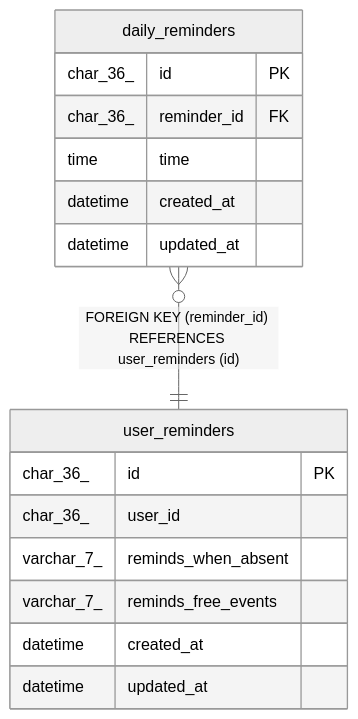
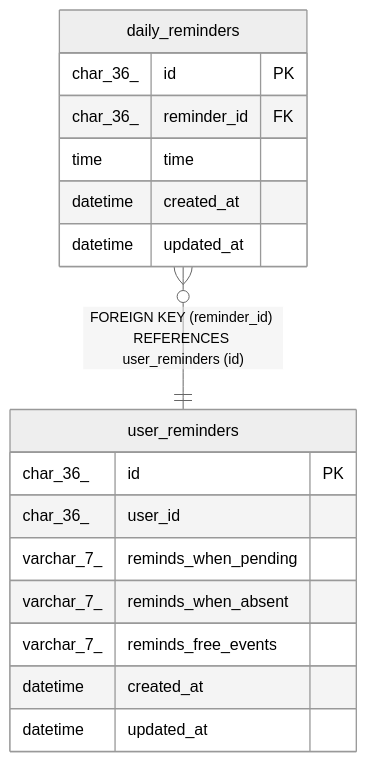
One commit to YuHima03/knoq-reminder changed the diagram in doc/database/daily_reminders.md. Above: the diagram before and after it, drawn with Mermaid (neutral theme). The commit also changed 8 other files, not shown here.

````diff
--- a/doc/database/daily_reminders.md
+++ b/doc/database/daily_reminders.md
@@ -52,21 +52,22 @@
 ```mermaid
 erDiagram
 
 "daily_reminders" }o--|| "user_reminders" : "FOREIGN KEY (reminder_id) REFERENCES user_reminders (id)"
 
 "daily_reminders" {
   char_36_ id PK
   char_36_ reminder_id FK
   time time
   datetime created_at
   datetime updated_at
 }
 "user_reminders" {
   char_36_ id PK
   char_36_ user_id
+  varchar_7_ reminds_when_pending
   varchar_7_ reminds_when_absent
   varchar_7_ reminds_free_events
   datetime created_at
   datetime updated_at
 }
 ```
````
